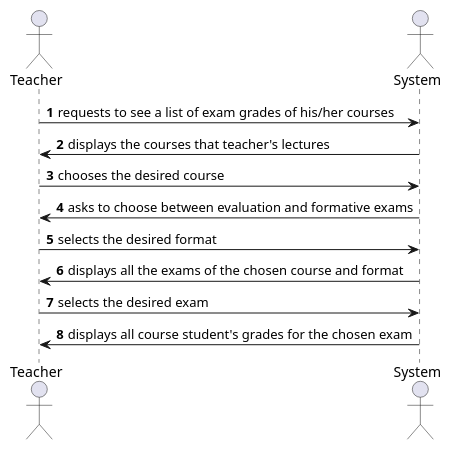
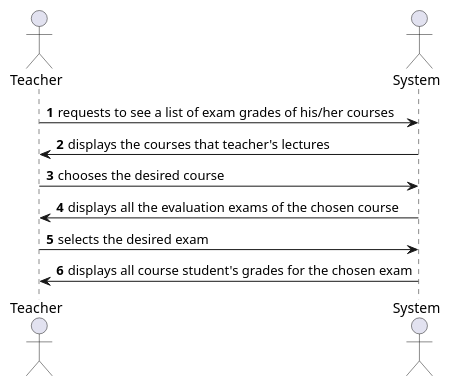
One commit to miseEnPlace-dev/lapr4 changed the diagram in docs/sprint-c/us38-2006/US2006_SSD.puml. Above: the diagram before and after it, drawn with PlantUML. The commit also changed 1 other file, not shown here.

```diff
--- a/docs/sprint-c/us38-2006/US2006_SSD.puml
+++ b/docs/sprint-c/us38-2006/US2006_SSD.puml
@@ -1,16 +1,14 @@
 @startuml US2006_SSD
 autonumber
 
 actor Teacher as "Teacher"
 actor System as "System"
 
 Teacher -> System: requests to see a list of exam grades of his/her courses
 System -> Teacher: displays the courses that teacher's lectures
 Teacher -> System: chooses the desired course
-System -> Teacher: asks to choose between evaluation and formative exams
-Teacher -> System: selects the desired format
-System -> Teacher: displays all the exams of the chosen course and format
+System -> Teacher: displays all the evaluation exams of the chosen course
 Teacher -> System: selects the desired exam
 System -> Teacher: displays all course student's grades for the chosen exam
 
 @enduml
```
